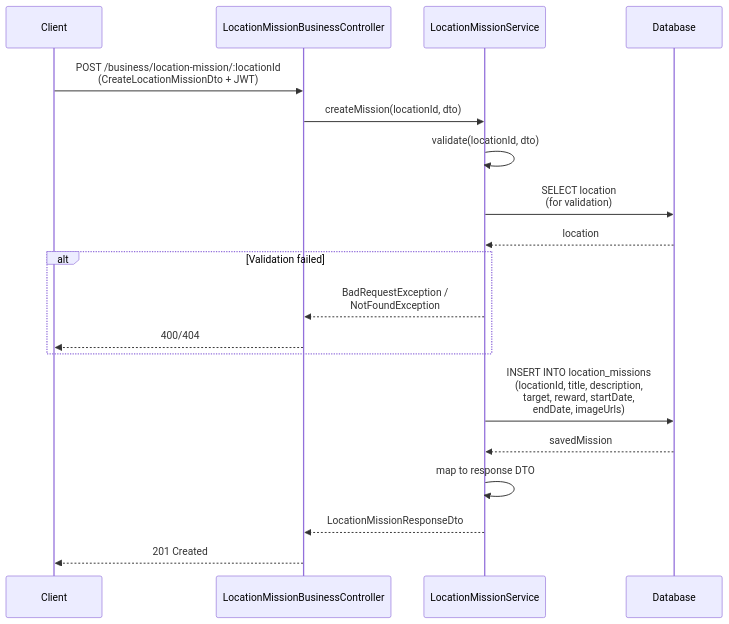
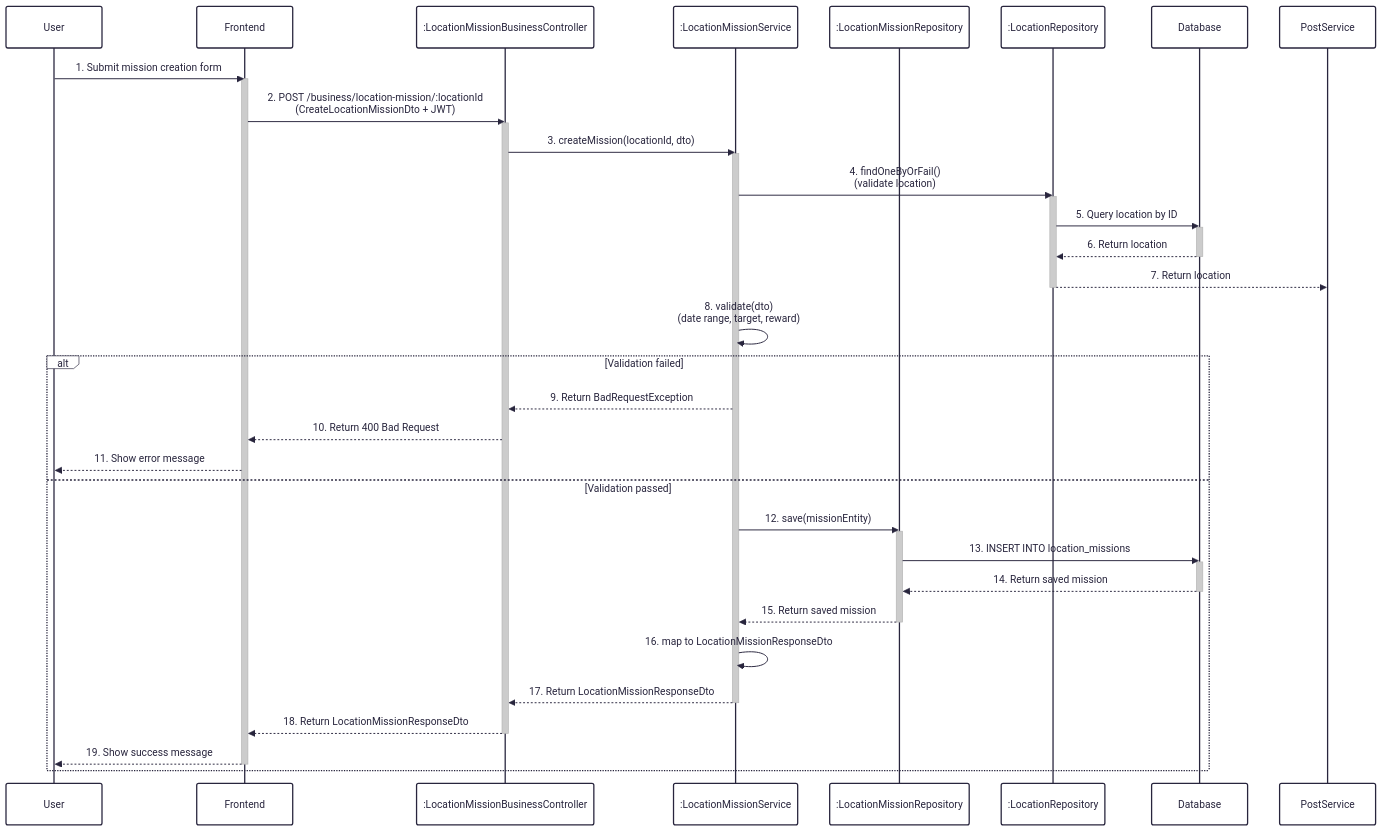
One commit to UrbanLens-2025/urban-lens_server changed the second of 7 diagrams in docs/diagrams/sequence-diagrams.md. Above: the diagram before and after it, drawn with Mermaid. The commit also changed other lines of this file and 19 other files, not shown here.

Commit message:
sequence diagram

````diff
--- a/docs/diagrams/sequence-diagrams.md
+++ b/docs/diagrams/sequence-diagrams.md
@@ -94,26 +144,56 @@
 ```mermaid
+---
+config:
+  theme: redux
+  look: classic
+---
 sequenceDiagram
-    participant Client
-    participant MissionController as LocationMissionBusinessController
-    participant MissionService as LocationMissionService
+    participant User
+    participant Frontend
+    participant MissionController as :LocationMissionBusinessController
+    participant MissionService as :LocationMissionService
+    participant MissionRepo as :LocationMissionRepository
+    participant LocationRepo as :LocationRepository
     participant Database
 
-    Client->>MissionController: POST /business/location-mission/:locationId<br/>(CreateLocationMissionDto + JWT)
-    MissionController->>MissionService: createMission(locationId, dto)
+    User->>Frontend: 1. Submit mission creation form
+    activate Frontend
+    Frontend->>MissionController: 2. POST /business/location-mission/:locationId<br/>(CreateLocationMissionDto + JWT)
+    activate MissionController
+    MissionController->>MissionService: 3. createMission(locationId, dto)
+    activate MissionService
 
-    MissionService->>MissionService: validate(locationId, dto)
-    MissionService->>Database: SELECT location<br/>(for validation)
-    Database-->>MissionService: location
+    MissionService->>LocationRepo: 4. findOneByOrFail()<br/>(validate location)
+    activate LocationRepo
+    LocationRepo->>Database: 5. Query location by ID
+    activate Database
+    Database-->>LocationRepo: 6. Return location
+    deactivate Database
+    LocationRepo-->>PostService: 7. Return location
+    deactivate LocationRepo
+
+    MissionService->>MissionService: 8. validate(dto)<br/>(date range, target, reward)
 
     alt Validation failed
-        MissionService-->>MissionController: BadRequestException /<br/>NotFoundException
-        MissionController-->>Client: 400/404
+        MissionService-->>MissionController: 9. Return BadRequestException
+        MissionController-->>Frontend: 10. Return 400 Bad Request
+        Frontend-->>User: 11. Show error message
+    else Validation passed
+        MissionService->>MissionRepo: 12. save(missionEntity)
+        activate MissionRepo
+        MissionRepo->>Database: 13. INSERT INTO location_missions
+        activate Database
+        Database-->>MissionRepo: 14. Return saved mission
+        deactivate Database
+        MissionRepo-->>MissionService: 15. Return saved mission
+        deactivate MissionRepo
+
+        MissionService->>MissionService: 16. map to LocationMissionResponseDto
+        MissionService-->>MissionController: 17. Return LocationMissionResponseDto
+        deactivate MissionService
+        MissionController-->>Frontend: 18. Return LocationMissionResponseDto
+        deactivate MissionController
+        Frontend-->>User: 19. Show success message
+        deactivate Frontend
     end
-
-    MissionService->>Database: INSERT INTO location_missions<br/>(locationId, title, description,<br/>target, reward, startDate,<br/>endDate, imageUrls)
-    Database-->>MissionService: savedMission
-
-    MissionService->>MissionService: map to response DTO
-    MissionService-->>MissionController: LocationMissionResponseDto
-    MissionController-->>Client: 201 Created
 ```
````
